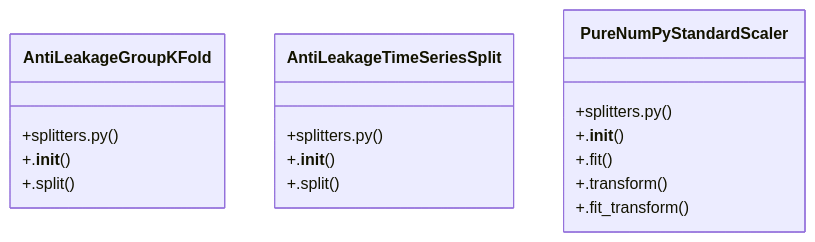
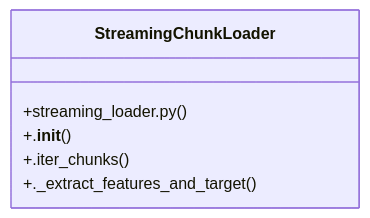
The diagram in graphify-out/wiki/Community_2.md (FY72X9/is_ai-vuln), drawn with Mermaid before and after one commit. The commit also changed other lines of this file and 67 other files, not shown here.

Commit message:
docs: generate graphify knowledge base wiki, domains, and reports

````diff
--- a/graphify-out/wiki/Community_2.md
+++ b/graphify-out/wiki/Community_2.md
@@ -36,20 +36,9 @@
 ```mermaid
 classDiagram
-    class AntiLeakageGroupKFold {
-        +splitters.py()
+    class StreamingChunkLoader {
+        +streaming_loader.py()
         +.__init__()
-        +.split()
-    }
-    class AntiLeakageTimeSeriesSplit {
-        +splitters.py()
-        +.__init__()
-        +.split()
-    }
-    class PureNumPyStandardScaler {
-        +splitters.py()
-        +.__init__()
-        +.fit()
-        +.transform()
-        +.fit_transform()
+        +.iter_chunks()
+        +._extract_features_and_target()
     }
 ```
````
